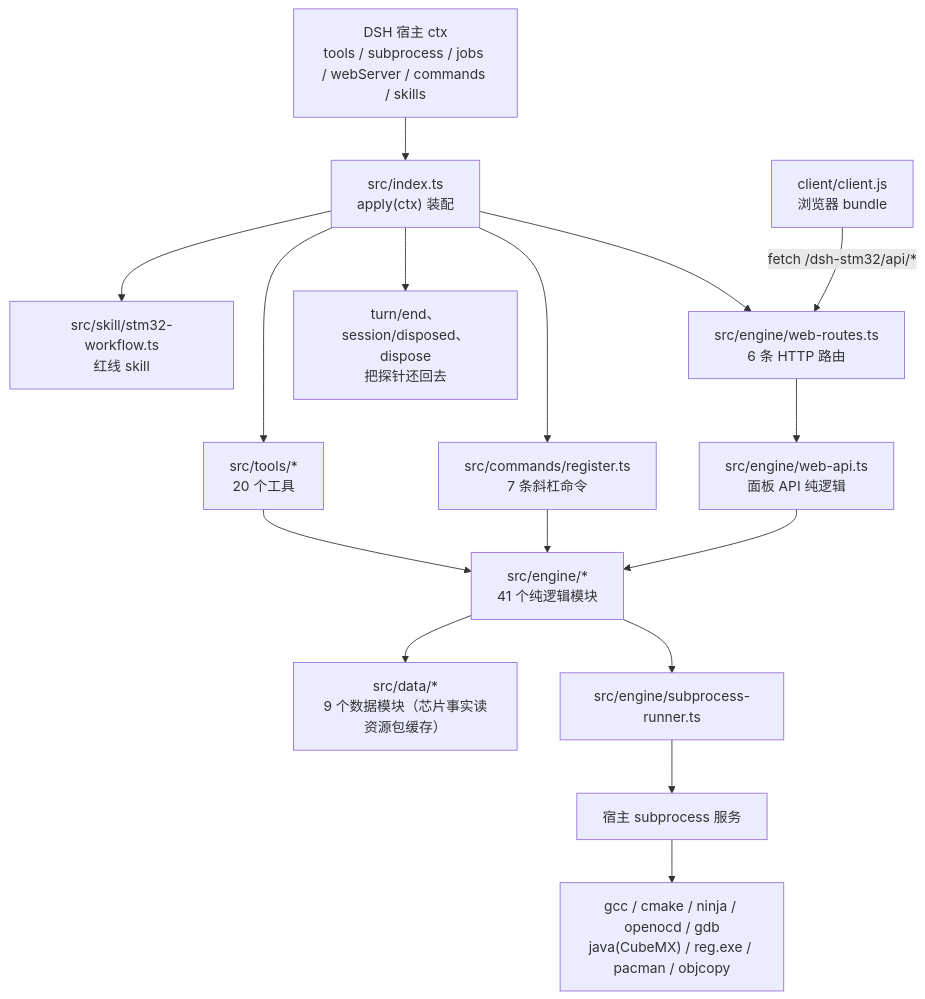
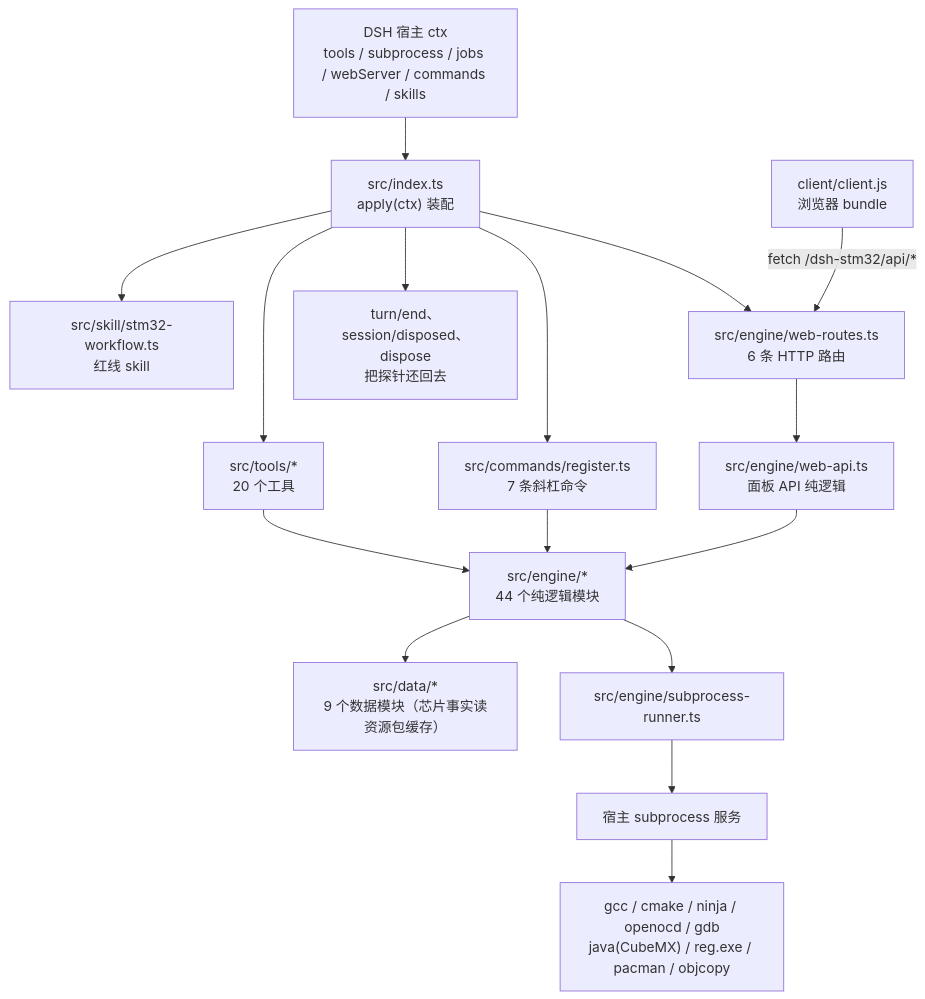
Before and after one commit to JingYu-er/dsh-stm32: the first of 15 diagrams in docs/reading-guide.md, drawn with Mermaid. The commit also changed other lines of this file and 33 other files, not shown here.

````diff
--- a/docs/reading-guide.md
+++ b/docs/reading-guide.md
@@ -44,18 +44,18 @@
 ```mermaid
 flowchart TD
   HOST["DSH 宿主 ctx<br/>tools / subprocess / jobs / webServer / commands / skills"] --> IDX["src/index.ts<br/>apply(ctx) 装配"]
   IDX --> TOOLS["src/tools/*<br/>20 个工具"]
   IDX --> CMDS["src/commands/register.ts<br/>7 条斜杠命令"]
   IDX --> SKILL["src/skill/stm32-workflow.ts<br/>红线 skill"]
   IDX --> WEB["src/engine/web-routes.ts<br/>6 条 HTTP 路由"]
   IDX --> EVT["turn/end、session/disposed、dispose<br/>把探针还回去"]
-  TOOLS --> ENGINE["src/engine/*<br/>41 个纯逻辑模块"]
+  TOOLS --> ENGINE["src/engine/*<br/>44 个纯逻辑模块"]
   CMDS --> ENGINE
   WEB --> API["src/engine/web-api.ts<br/>面板 API 纯逻辑"]
   API --> ENGINE
   ENGINE --> DATA["src/data/*<br/>9 个数据模块（芯片事实读资源包缓存）"]
   ENGINE --> RUN["src/engine/subprocess-runner.ts"]
   RUN --> OS["宿主 subprocess 服务"]
   OS --> BIN["gcc / cmake / ninja / openocd / gdb<br/>java(CubeMX) / reg.exe / pacman / objcopy"]
   CLIENT["client/client.js<br/>浏览器 bundle"] -->|"fetch /dsh-stm32/api/*"| WEB
 ```
````
